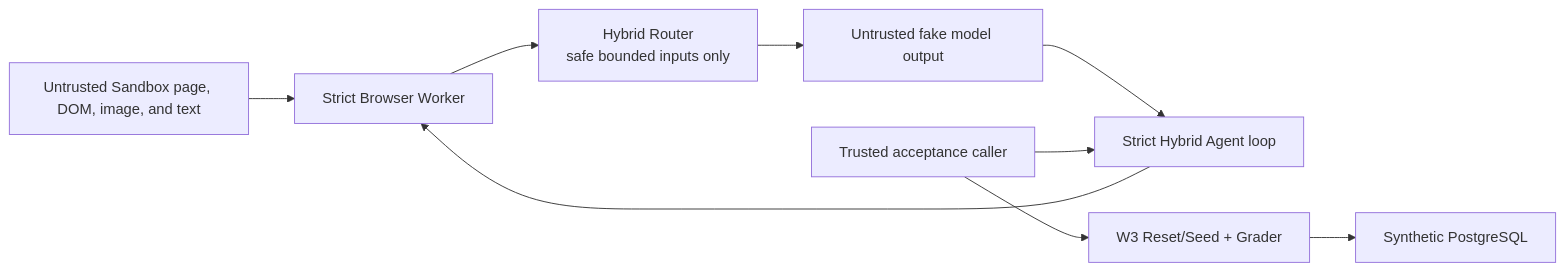
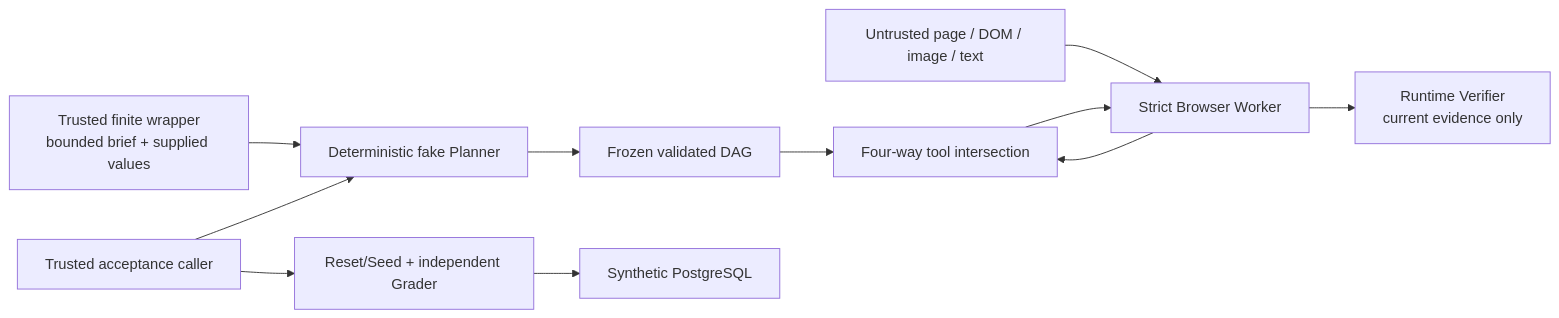
One commit to taka-wzx/flowpilot-arena changed the diagram in docs/threat-model.md. Above: the diagram before and after it, drawn with Mermaid. The commit also changed other lines of this file and 61 other files, not shown here.

Commit message:
feat: add bounded W7 planning DAG

```diff
--- a/docs/threat-model.md
+++ b/docs/threat-model.md
@@ -18,11 +16,13 @@
 ~~~mermaid
 flowchart LR
-    Page["Untrusted Sandbox page, DOM, image, and text"] --> Worker["Strict Browser Worker"]
-    Worker --> Router["Hybrid Router<br/>safe bounded inputs only"]
-    Router --> Model["Untrusted fake model output"]
-    Model --> Agent["Strict Hybrid Agent loop"]
-    Agent --> Worker
-    Caller["Trusted acceptance caller"] --> Arena["W3 Reset/Seed + Grader"]
-    Caller --> Agent
+    Brief["Trusted finite wrapper<br/>bounded brief + supplied values"] --> Planner["Deterministic fake Planner"]
+    Page["Untrusted page / DOM / image / text"] --> Worker["Strict Browser Worker"]
+    Planner --> DAG["Frozen validated DAG"]
+    DAG --> Matcher["Four-way tool intersection"]
+    Worker --> Matcher
+    Matcher --> Worker
+    Worker --> Verifier["Runtime Verifier<br/>current evidence only"]
+    Caller["Trusted acceptance caller"] --> Arena["Reset/Seed + independent Grader"]
+    Caller --> Planner
     Arena --> DB["Synthetic PostgreSQL"]
 ~~~
```
